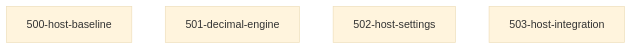
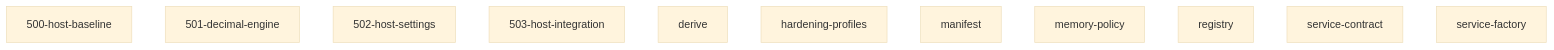
Before and after one commit to grapefruit89/mediNix-core: the diagram in 50-core/AGENTS.md, drawn with Mermaid (base theme). The commit also changed other lines of this file and 79 other files, not shown here.

````diff
--- a/50-core/AGENTS.md
+++ b/50-core/AGENTS.md
@@ -84,7 +91,14 @@
 ```mermaid
 graph TD
   500_host_baseline["500-host-baseline"]
   501_decimal_engine["501-decimal-engine"]
   502_host_settings["502-host-settings"]
   503_host_integration["503-host-integration"]
+  derive["derive"]
+  hardening_profiles["hardening-profiles"]
+  manifest["manifest"]
+  memory_policy["memory-policy"]
+  registry["registry"]
+  service_contract["service-contract"]
+  service_factory["service-factory"]
 ```
````
